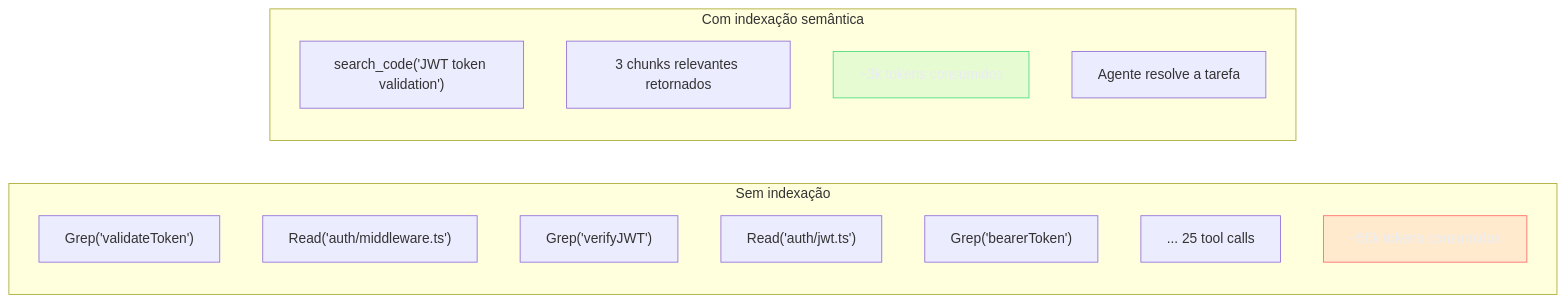
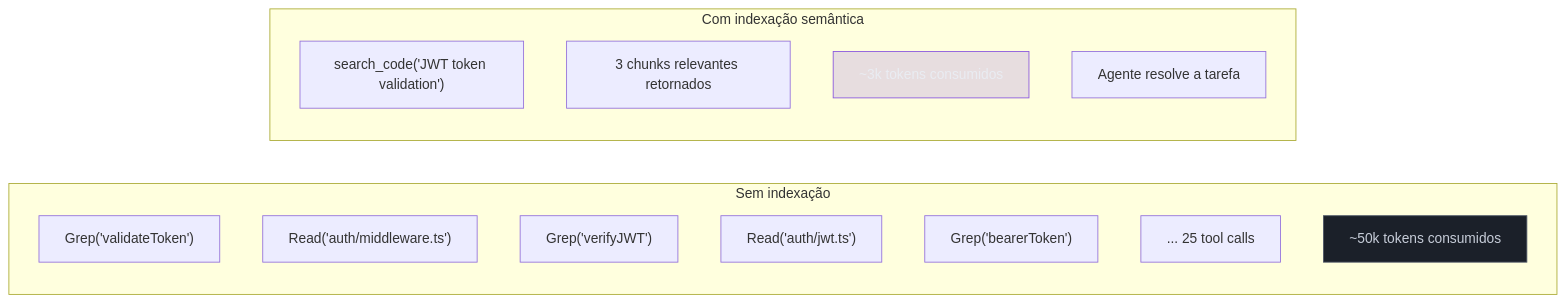
One commit to josenaldo/codex-technomanticus changed the first of 3 diagrams in 03-Dominios/Tecnologia/IA/Claude Code/Workflows/11 - Estratégias estruturais de contexto/03 - Indexação semântica externa.md. Above: the diagram before and after it, drawn with Mermaid. The commit also changed 601 other files, not shown here.

````diff
--- a/03-Dominios/Tecnologia/IA/Claude Code/Workflows/11 - Estratégias estruturais de contexto/03 - Indexação semântica externa.md
+++ b/03-Dominios/Tecnologia/IA/Claude Code/Workflows/11 - Estratégias estruturais de contexto/03 - Indexação semântica externa.md
@@ -39,24 +39,24 @@
 ```mermaid
 flowchart LR
-    classDef falha fill:#FF6B6B24,stroke:#FF6B6B,color:#E9ECF2
-    classDef ok fill:#4ADE8021,stroke:#4ADE80,color:#E9ECF2
+    classDef marca fill:#8855DF33,stroke:#8855DF,color:#E9ECF2
+    classDef neutro fill:#1B2029,stroke:#4E5666,color:#C6CCD8
     subgraph "Sem indexação"
         A1["Grep('validateToken')"]
         A2["Read('auth/middleware.ts')"]
         A3["Grep('verifyJWT')"]
         A4["Read('auth/jwt.ts')"]
         A5["Grep('bearerToken')"]
         A6["... 25 tool calls"]
         A7["~50k tokens consumidos"]
     end
 
     subgraph "Com indexação semântica"
         B1["search_code('JWT token validation')"]
         B2["3 chunks relevantes retornados"]
         B3["~3k tokens consumidos"]
         B4["Agente resolve a tarefa"]
     end
 
-    class A7 falha
-    class B3 ok
+    class A7 neutro
+    class B3 marca
 ```
````
